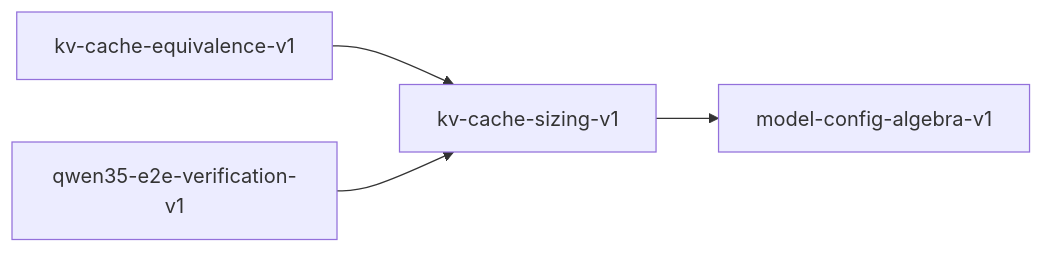
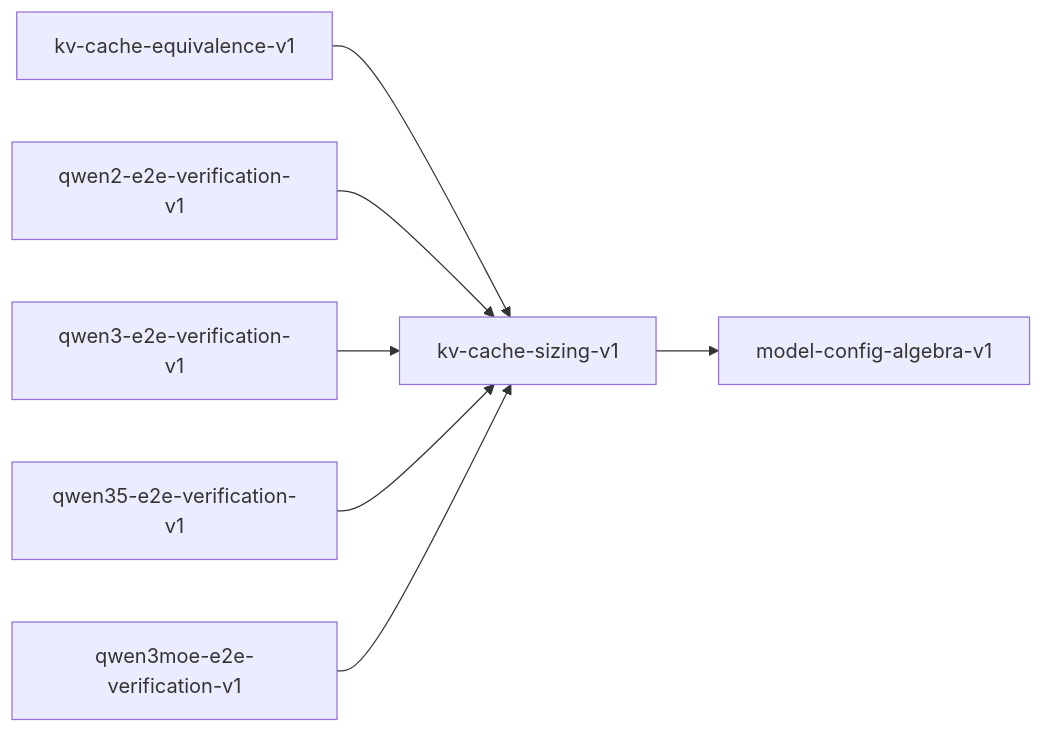
Before and after one commit to paiml/provable-contracts: the diagram in book/src/contracts/kv-cache-sizing-v1.md, drawn with Mermaid. The commit also changed 76 other files, not shown here.

````diff
--- a/book/src/contracts/kv-cache-sizing-v1.md
+++ b/book/src/contracts/kv-cache-sizing-v1.md
@@ -18,6 +18,9 @@
 ```mermaid
 graph LR
     kv_cache_sizing_v1["kv-cache-sizing-v1"] --> model_config_algebra_v1["model-config-algebra-v1"]
     kv_cache_equivalence_v1["kv-cache-equivalence-v1"] --> kv_cache_sizing_v1["kv-cache-sizing-v1"]
+    qwen2_e2e_verification_v1["qwen2-e2e-verification-v1"] --> kv_cache_sizing_v1["kv-cache-sizing-v1"]
+    qwen3_e2e_verification_v1["qwen3-e2e-verification-v1"] --> kv_cache_sizing_v1["kv-cache-sizing-v1"]
     qwen35_e2e_verification_v1["qwen35-e2e-verification-v1"] --> kv_cache_sizing_v1["kv-cache-sizing-v1"]
+    qwen3moe_e2e_verification_v1["qwen3moe-e2e-verification-v1"] --> kv_cache_sizing_v1["kv-cache-sizing-v1"]
 ```
````
